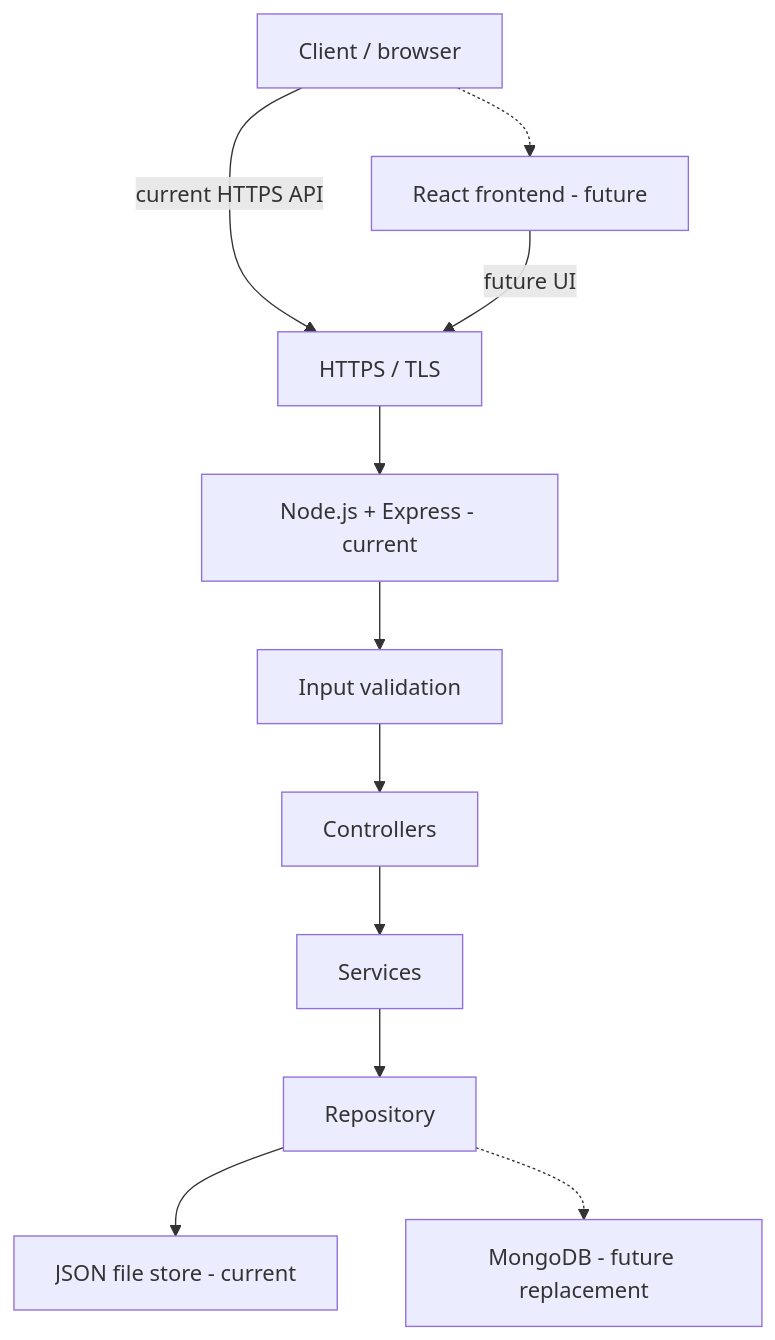
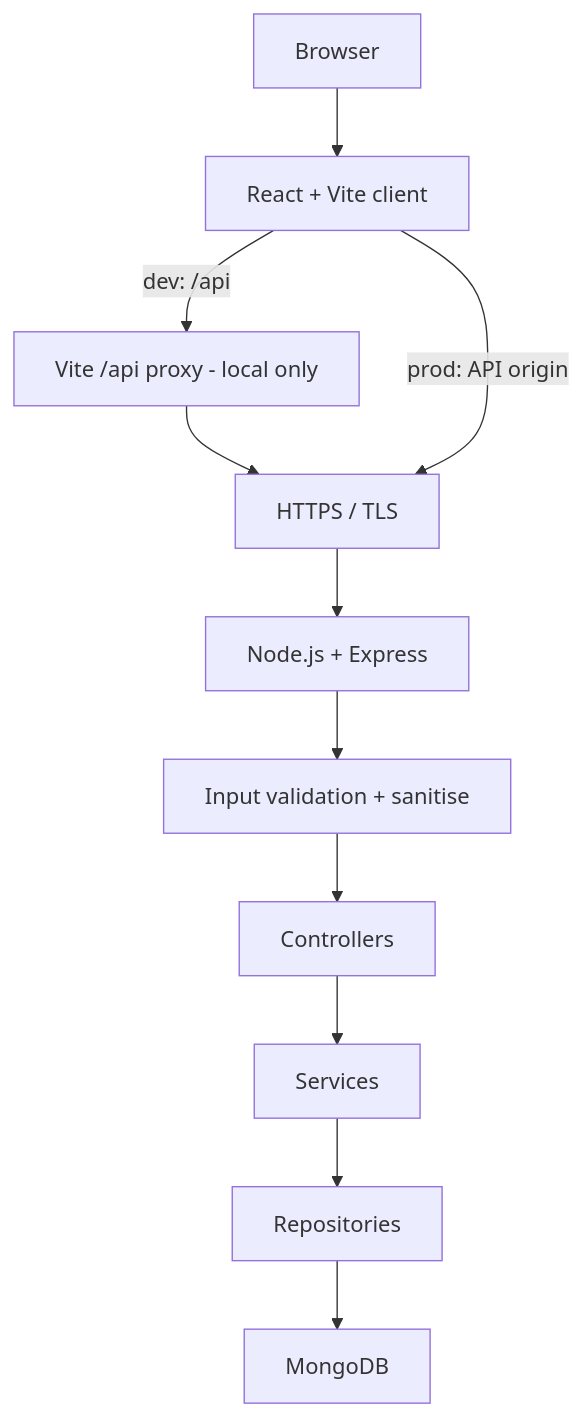
One commit to akzz98/HustleHub changed the first of 4 diagrams in README.md. Above: the diagram before and after it, drawn with Mermaid. The commit also changed other lines of this file, not shown here.

````diff
--- a/README.md
+++ b/README.md
@@ -81,24 +73,24 @@
 ```mermaid
 flowchart TB
-  Browser["Client / browser"]
-  React["React frontend - future"]
+  Browser["Browser"]
+  React["React + Vite client"]
+  Proxy["Vite /api proxy - local only"]
   HTTPS["HTTPS / TLS"]
-  Express["Node.js + Express - current"]
-  Validation["Input validation"]
+  Express["Node.js + Express"]
+  Validation["Input validation + sanitise"]
   Controllers["Controllers"]
   Services["Services"]
-  Repository["Repository"]
-  JSON["JSON file store - current"]
-  Mongo["MongoDB - future replacement"]
+  Repositories["Repositories"]
+  Mongo["MongoDB"]
 
-  Browser -->|"current HTTPS API"| HTTPS
-  React -->|"future UI"| HTTPS
-  Browser -.-> React
+  Browser --> React
+  React -->|"dev: /api"| Proxy
+  Proxy --> HTTPS
+  React -->|"prod: API origin"| HTTPS
   HTTPS --> Express
   Express --> Validation
   Validation --> Controllers
   Controllers --> Services
-  Services --> Repository
-  Repository --> JSON
-  Repository -.-> Mongo
+  Services --> Repositories
+  Repositories --> Mongo
 ```
````
